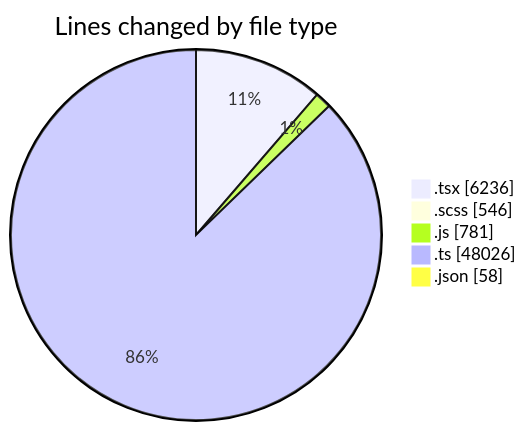
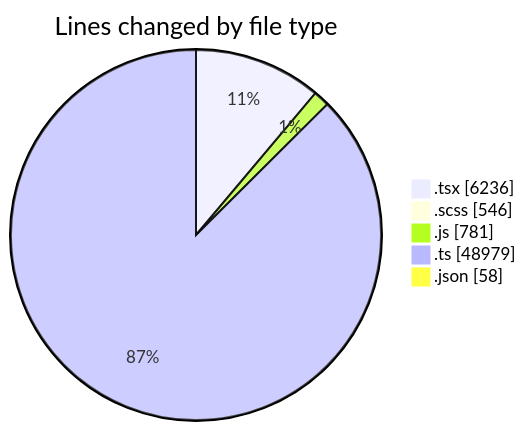
Before and after one commit to momahboobian/code-tracking: the first of 2 diagrams in 2025-11-11/cda/README.md, drawn with Mermaid. The commit also changed other lines of this file and 1 other file, not shown here.

````diff
--- a/2025-11-11/cda/README.md
+++ b/2025-11-11/cda/README.md
@@ -38,9 +40,9 @@
 ```mermaid
 pie showData
 title Lines changed by file type
 ".tsx" : 6236
 ".scss" : 546
 ".js" : 781
-".ts" : 48026
+".ts" : 48979
 ".json" : 58
 ```
````
